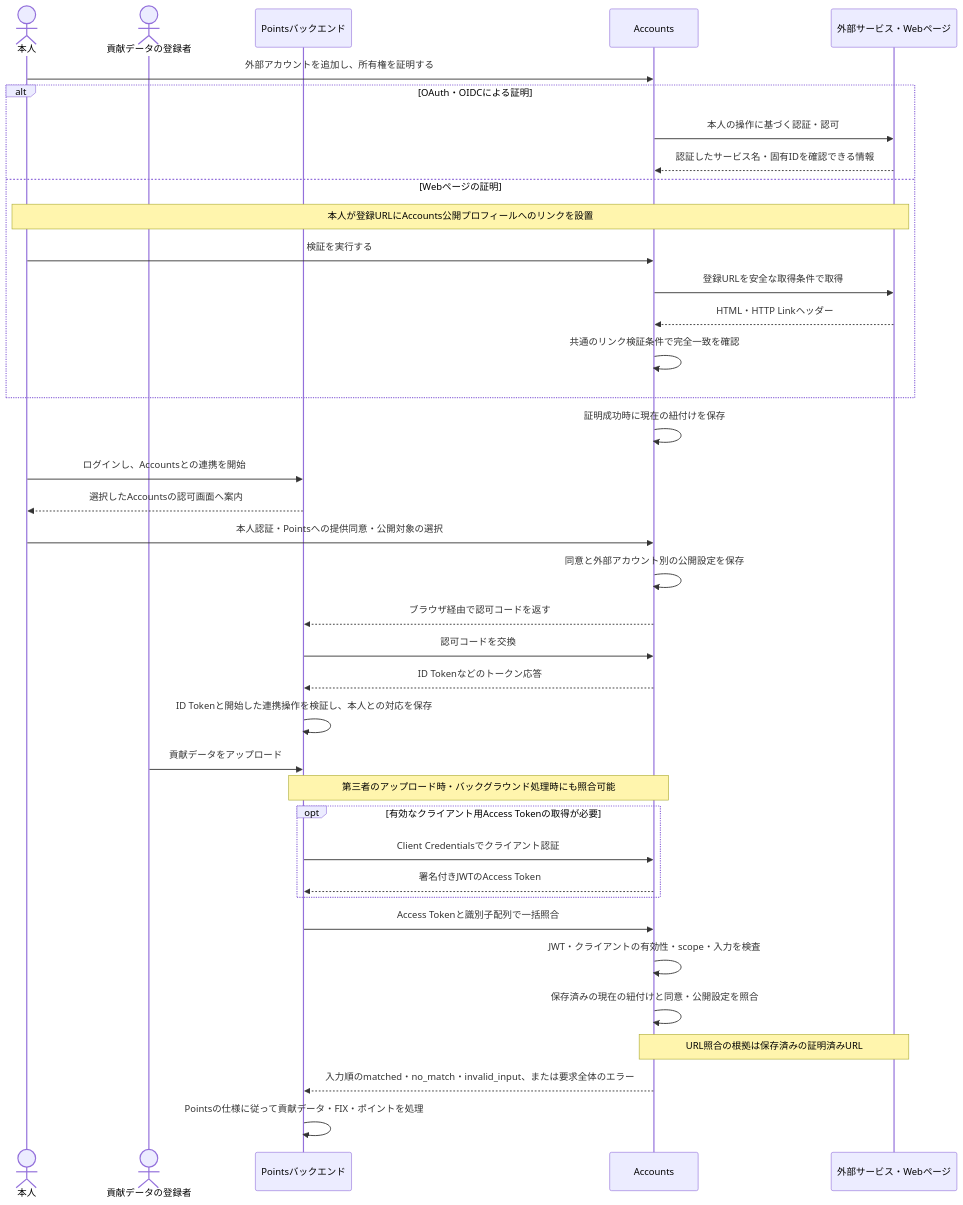
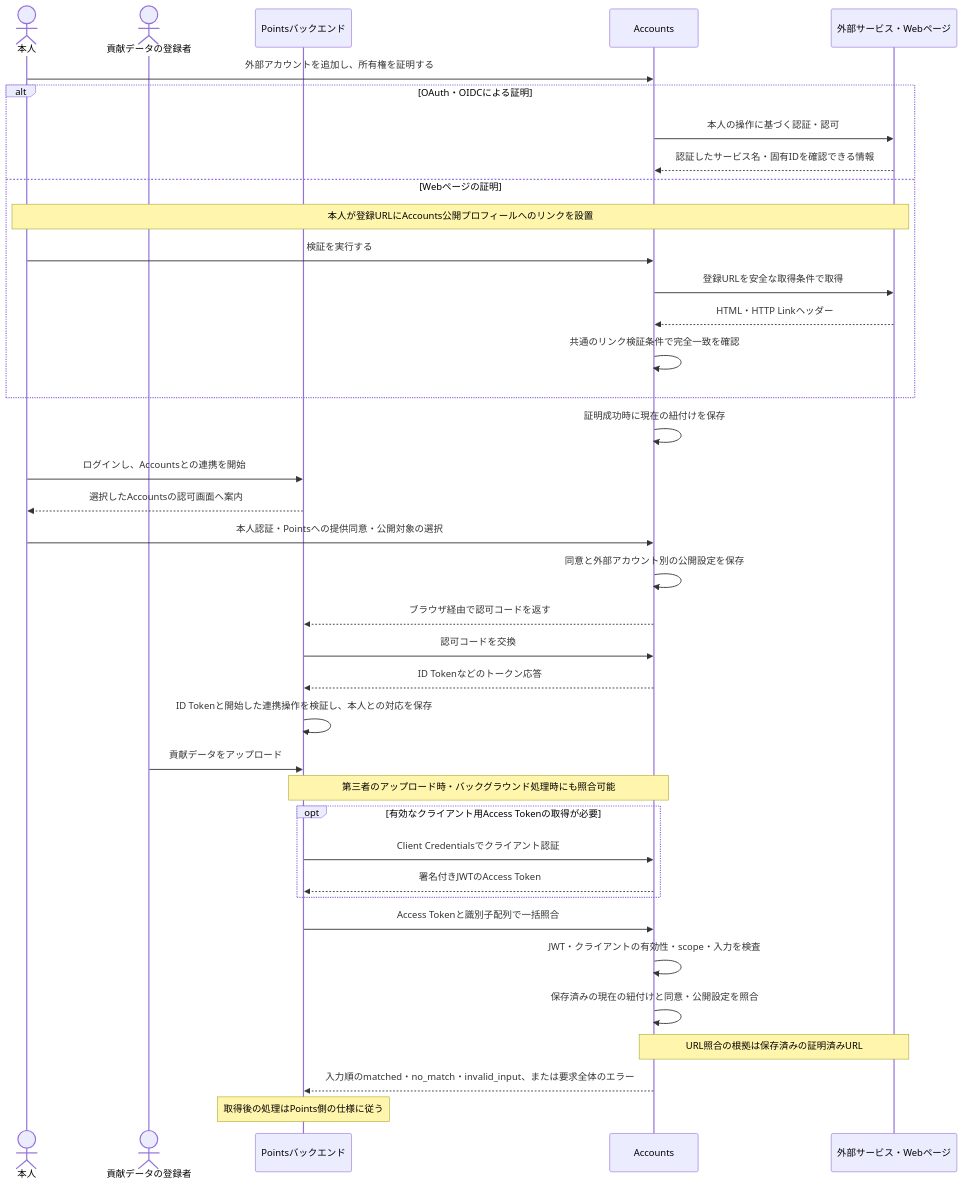
Before and after one commit to yuichisugio/freeism: the diagram in projects/accounts-web-app/docs/specification/v0.1/main.md, drawn with Mermaid. The commit also changed other lines of this file and 4 other files, not shown here.

````diff
--- a/projects/accounts-web-app/docs/specification/v0.1/main.md
+++ b/projects/accounts-web-app/docs/specification/v0.1/main.md
@@ -434,43 +371,43 @@
 ```mermaid
 sequenceDiagram
     actor Owner as 本人
     actor Uploader as 貢献データの登録者
     participant Points as Pointsバックエンド
     participant Accounts as Accounts
     participant External as 外部サービス・Webページ
 
     Owner->>Accounts: 外部アカウントを追加し、所有権を証明する
     alt OAuth・OIDCによる証明
         Accounts->>External: 本人の操作に基づく認証・認可
         External-->>Accounts: 認証したサービス名・固有IDを確認できる情報
     else Webページの証明
         Note over Owner,External: 本人が登録URLにAccounts公開プロフィールへのリンクを設置
         Owner->>Accounts: 検証を実行する
         Accounts->>External: 登録URLを安全な取得条件で取得
         External-->>Accounts: HTML・HTTP Linkヘッダー
         Accounts->>Accounts: 共通のリンク検証条件で完全一致を確認
     end
     Accounts->>Accounts: 証明成功時に現在の紐付けを保存
 
     Owner->>Points: ログインし、Accountsとの連携を開始
     Points-->>Owner: 選択したAccountsの認可画面へ案内
     Owner->>Accounts: 本人認証・Pointsへの提供同意・公開対象の選択
     Accounts->>Accounts: 同意と外部アカウント別の公開設定を保存
     Accounts-->>Points: ブラウザ経由で認可コードを返す
     Points->>Accounts: 認可コードを交換
     Accounts-->>Points: ID Tokenなどのトークン応答
     Points->>Points: ID Tokenと開始した連携操作を検証し、本人との対応を保存
 
     Uploader->>Points: 貢献データをアップロード
     Note over Points,Accounts: 第三者のアップロード時・バックグラウンド処理時にも照合可能
     opt 有効なクライアント用Access Tokenの取得が必要
         Points->>Accounts: Client Credentialsでクライアント認証
         Accounts-->>Points: 署名付きJWTのAccess Token
     end
     Points->>Accounts: Access Tokenと識別子配列で一括照合
     Accounts->>Accounts: JWT・クライアントの有効性・scope・入力を検査
     Accounts->>Accounts: 保存済みの現在の紐付けと同意・公開設定を照合
     Note over Accounts,External: URL照合の根拠は保存済みの証明済みURL
     Accounts-->>Points: 入力順のmatched・no_match・invalid_input、または要求全体のエラー
-    Points->>Points: Pointsの仕様に従って貢献データ・FIX・ポイントを処理
+    Note over Points: 取得後の処理はPoints側の仕様に従う
 ```
````
